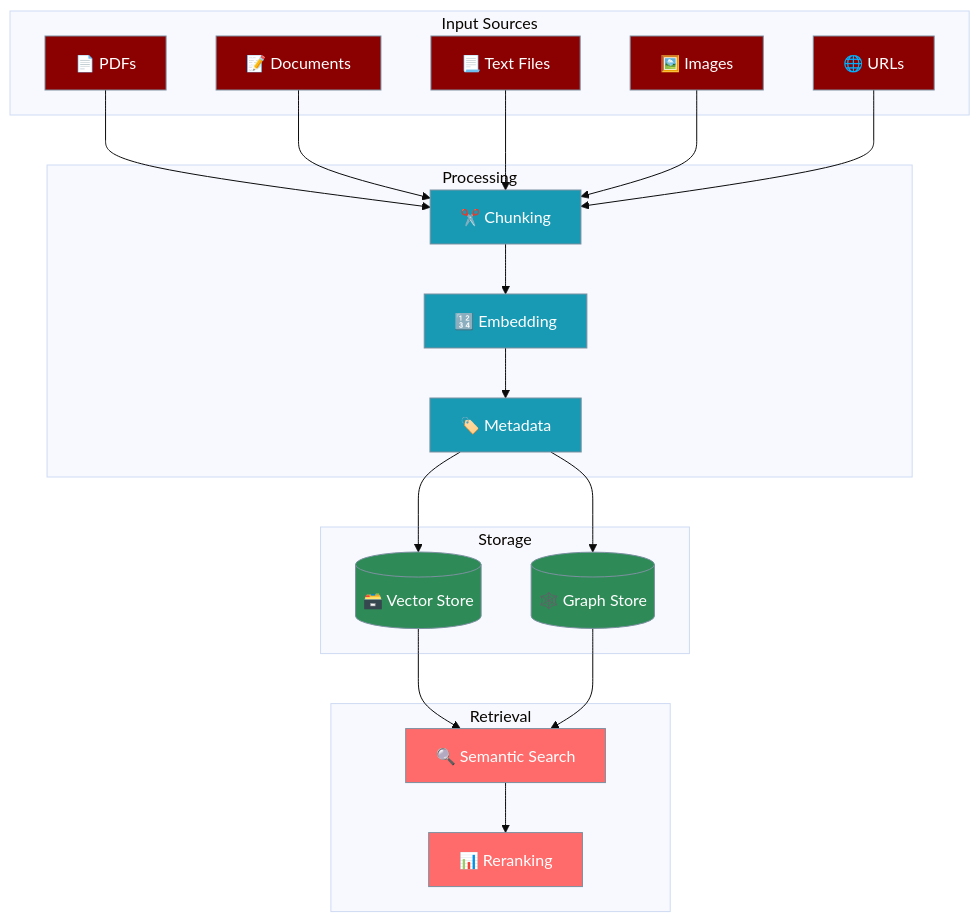
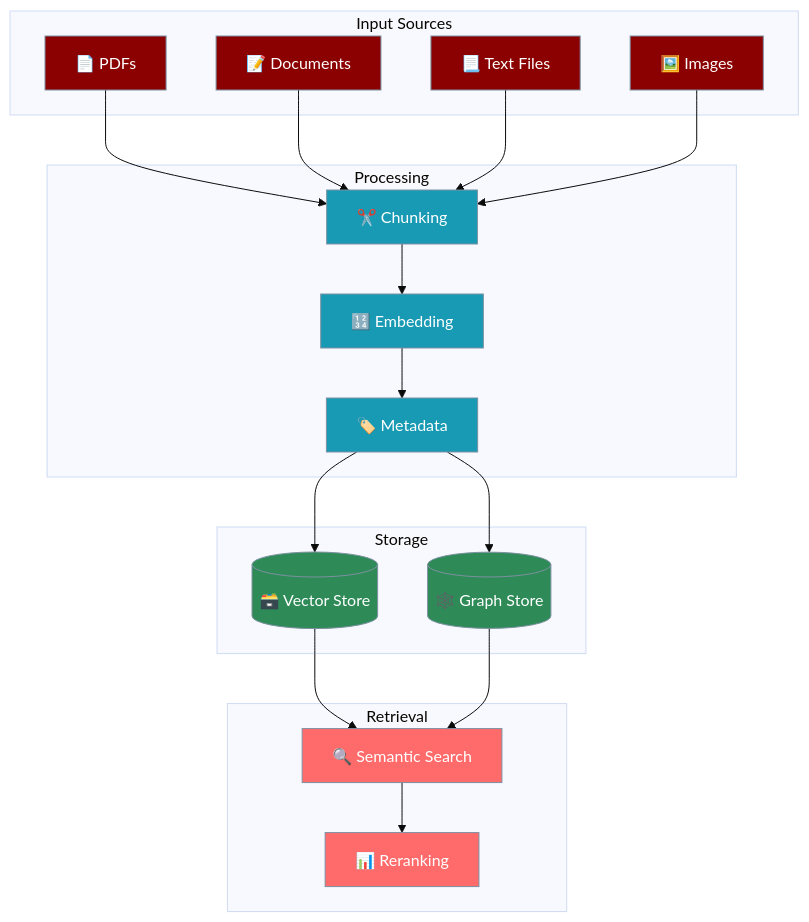
Before and after one commit to MervinPraison/PraisonAIDocs: the diagram in docs/knowledge/features.mdx, drawn with Mermaid (base theme). The commit also changed other lines of this file and 7 other files, not shown here.

````diff
--- a/docs/knowledge/features.mdx
+++ b/docs/knowledge/features.mdx
@@ -11,51 +11,49 @@
 ```mermaid
 graph TB
     subgraph Input Sources
         PDF[📄 PDFs]
         DOC[📝 Documents]
         TXT[📃 Text Files]
         IMG[🖼️ Images]
-        URL[🌐 URLs]
     end
     
     subgraph Processing
         CHUNK[✂️ Chunking]
         EMB[🔢 Embedding]
         META[🏷️ Metadata]
     end
     
     subgraph Storage
         VECTOR[(🗃️ Vector Store)]
         GRAPH[(🕸️ Graph Store)]
     end
     
     subgraph Retrieval
         SEARCH[🔍 Semantic Search]
         RERANK[📊 Reranking]
     end
     
     PDF --> CHUNK
     DOC --> CHUNK
     TXT --> CHUNK
     IMG --> CHUNK
-    URL --> CHUNK
     
     CHUNK --> EMB
     EMB --> META
     META --> VECTOR
     META --> GRAPH
     
     VECTOR --> SEARCH
     GRAPH --> SEARCH
     SEARCH --> RERANK
     
     classDef input fill:#8B0000,stroke:#7C90A0,color:#fff
     classDef process fill:#189AB4,stroke:#7C90A0,color:#fff
     classDef storage fill:#2E8B57,stroke:#7C90A0,color:#fff
     classDef retrieval fill:#FF6B6B,stroke:#7C90A0,color:#fff
     
-    class PDF,DOC,TXT,IMG,URL input
+    class PDF,DOC,TXT,IMG input
     class CHUNK,EMB,META process
     class VECTOR,GRAPH storage
     class SEARCH,RERANK retrieval
 ```
````
